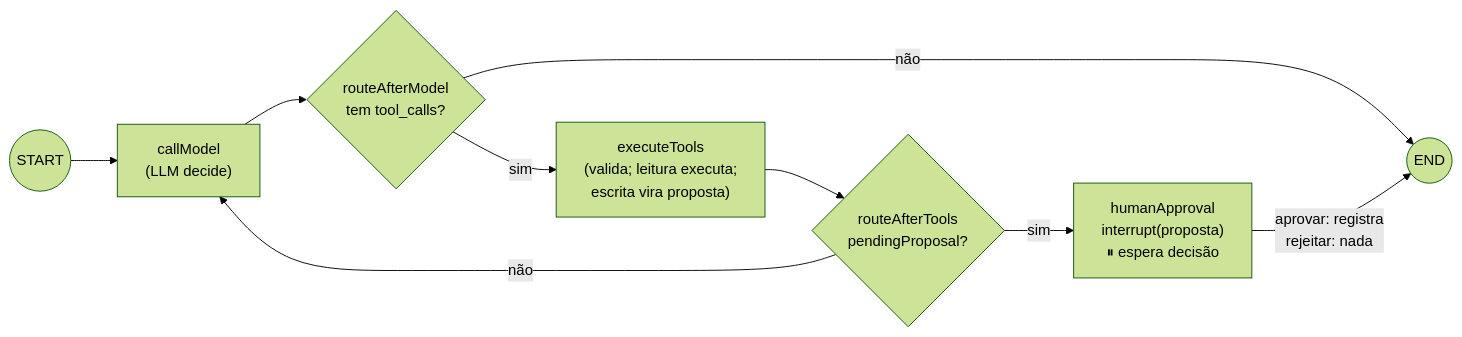
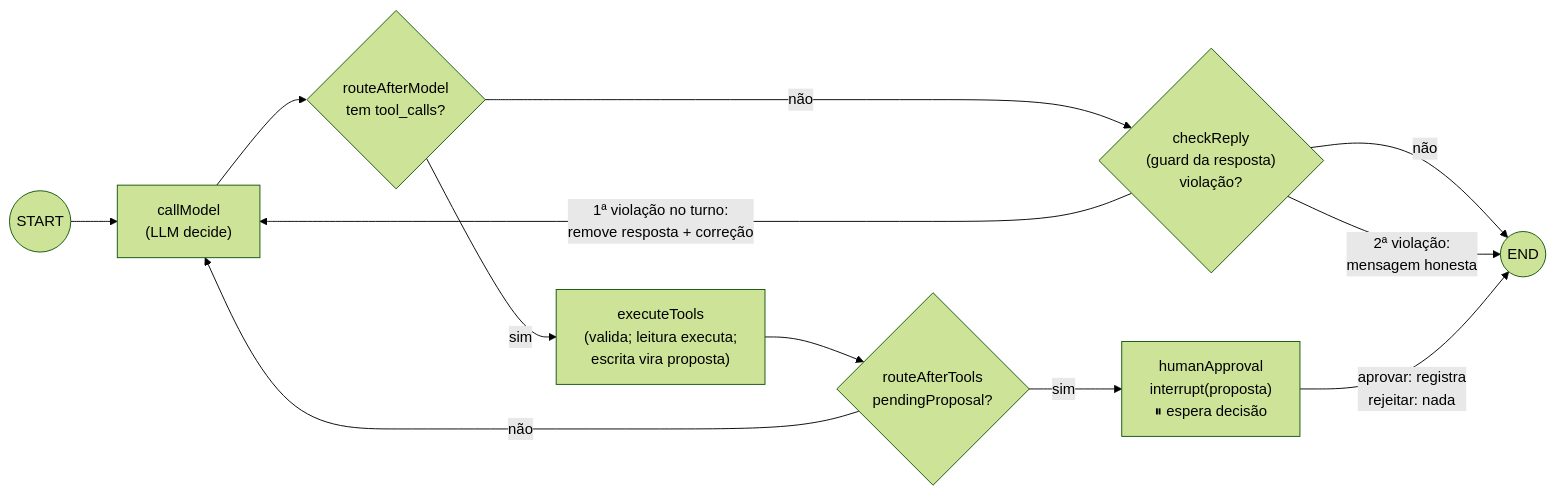
The third of 8 diagrams in docs/fluxo.md (gpmoura4/qwantyco-project), drawn with Mermaid (forest theme) before and after one commit. The commit also changed other lines of this file and 16 other files, not shown here.

Commit message:
feat: chat UI, escalation status source of truth and reply guard

````diff
--- a/docs/fluxo.md
+++ b/docs/fluxo.md
@@ -120,11 +126,14 @@
 ```mermaid
 flowchart LR
     START((START)) --> CM["callModel<br/>(LLM decide)"]
     CM --> R1{"routeAfterModel<br/>tem tool_calls?"}
-    R1 -- não --> END((END))
+    R1 -- não --> CR{"checkReply<br/>(guard da resposta)<br/>violação?"}
+    CR -- não --> END((END))
+    CR -->|"1ª violação no turno:<br/>remove resposta + correção"| CM
+    CR -->|"2ª violação:<br/>mensagem honesta"| END
     R1 -- sim --> ET["executeTools<br/>(valida; leitura executa;<br/>escrita vira proposta)"]
     ET --> R2{"routeAfterTools<br/>pendingProposal?"}
     R2 -- não --> CM
     R2 -- sim --> HA["humanApproval<br/>interrupt(proposta)<br/>⏸ espera decisão"]
     HA -->|"aprovar: registra<br/>rejeitar: nada"| END
 ```
````
